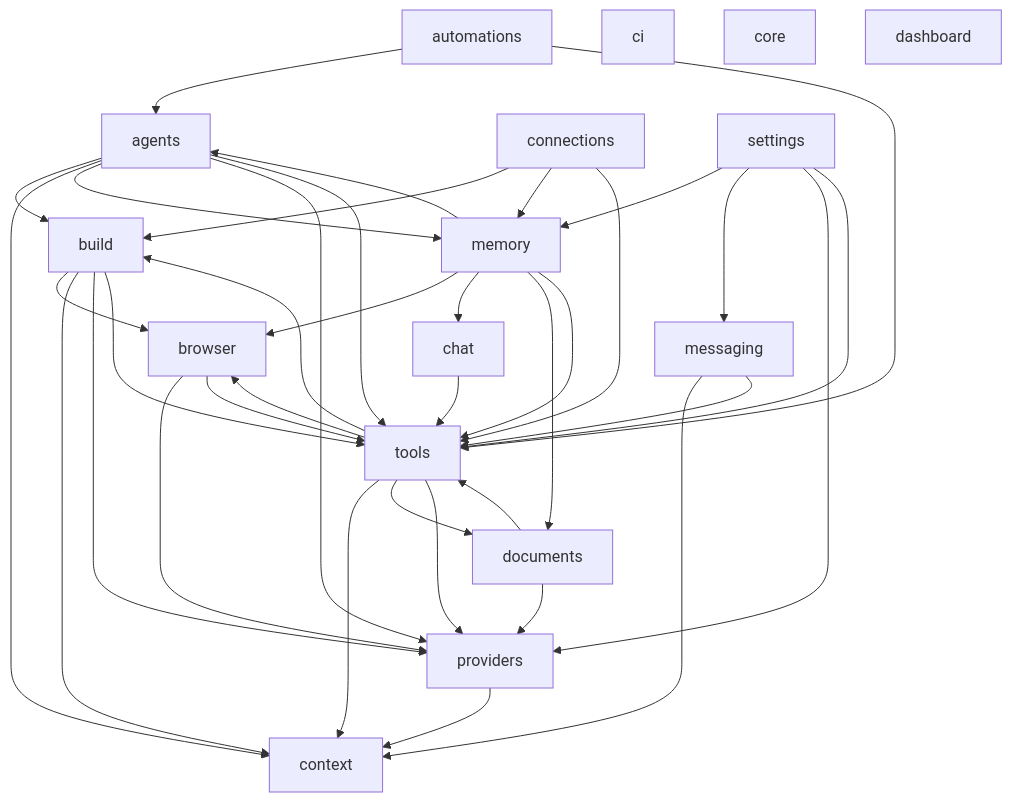
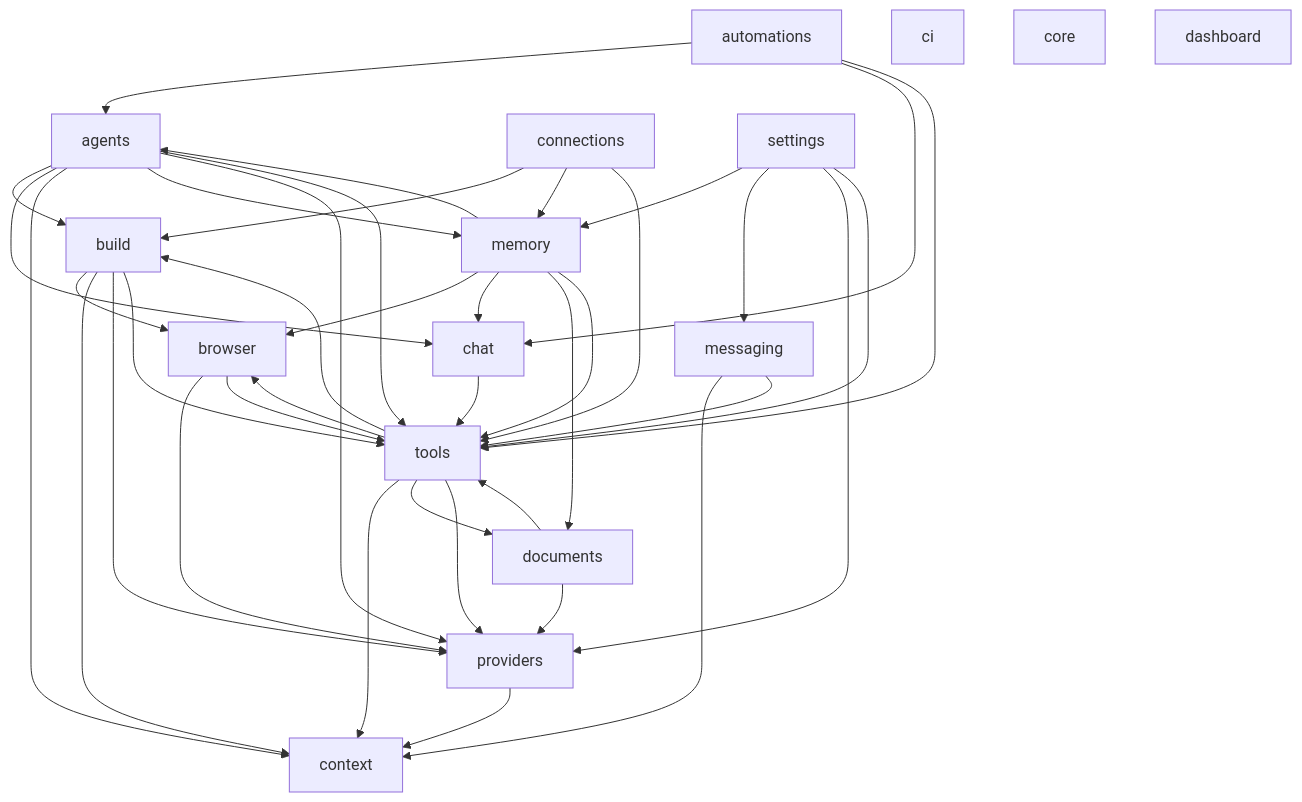
The second of 2 diagrams in docs/DEPENDENCIES.md (RealDealCPA-VR/Iron-Jarvis), drawn with Mermaid before and after one commit. The commit also changed other lines of this file and 23 other files, not shown here.

````diff
--- a/docs/DEPENDENCIES.md
+++ b/docs/DEPENDENCIES.md
@@ -53,55 +53,57 @@
 ```mermaid
 flowchart TD
   agents["agents"]
   automations["automations"]
   browser["browser"]
   build["build"]
   chat["chat"]
   ci["ci"]
   connections["connections"]
   context["context"]
   core["core"]
   dashboard["dashboard"]
   documents["documents"]
   memory["memory"]
   messaging["messaging"]
   providers["providers"]
   settings["settings"]
   tools["tools"]
   agents --> build
+  agents --> chat
   agents --> context
   agents --> memory
   agents --> providers
   agents --> tools
   automations --> agents
+  automations --> chat
   automations --> tools
   browser --> providers
   browser --> tools
   build --> browser
   build --> context
   build --> providers
   build --> tools
   chat --> tools
   connections --> build
   connections --> memory
   connections --> tools
   documents --> providers
   documents --> tools
   memory --> agents
   memory --> browser
   memory --> chat
   memory --> documents
   memory --> tools
   messaging --> context
   messaging --> tools
   providers --> context
   settings --> memory
   settings --> messaging
   settings --> providers
   settings --> tools
   tools --> browser
   tools --> build
   tools --> context
   tools --> documents
   tools --> providers
 ```
````
